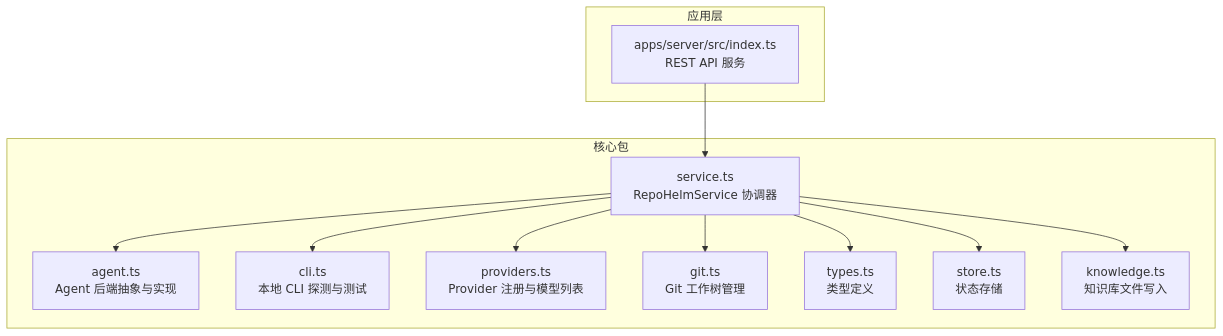
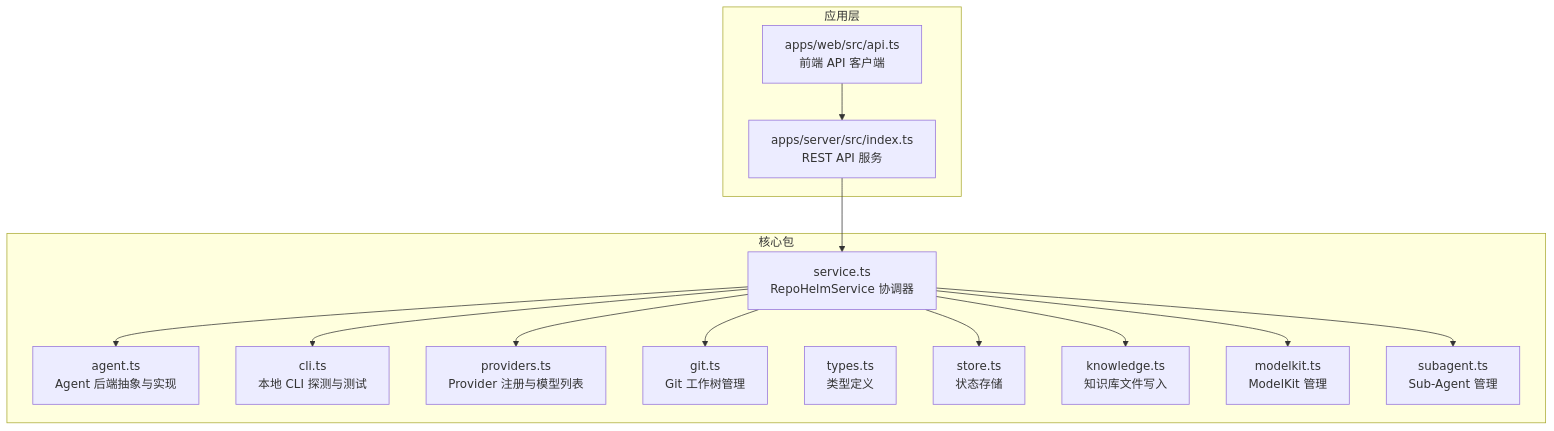
One commit to coconilu/RepoHelm changed the first of 9 diagrams in .qoder/repowiki/zh/content/Agent 后端系统/Agent 后端系统.md. Above: the diagram before and after it, drawn with Mermaid. The commit also changed other lines of this file and 14 other files, not shown here.

First line of the commit message:
Add ModelKit and Sub-Agent features

````diff
--- a/.qoder/repowiki/zh/content/Agent 后端系统/Agent 后端系统.md
+++ b/.qoder/repowiki/zh/content/Agent 后端系统/Agent 后端系统.md
@@ -40,24 +55,29 @@
 ```mermaid
 graph TB
 subgraph "核心包"
 AG["agent.ts<br/>Agent 后端抽象与实现"]
 CL["cli.ts<br/>本地 CLI 探测与测试"]
 PR["providers.ts<br/>Provider 注册与模型列表"]
 SV["service.ts<br/>RepoHelmService 协调器"]
 GT["git.ts<br/>Git 工作树管理"]
 TP["types.ts<br/>类型定义"]
 ST["store.ts<br/>状态存储"]
 KL["knowledge.ts<br/>知识库文件写入"]
+MK["modelkit.ts<br/>ModelKit 管理"]
+SA["subagent.ts<br/>Sub-Agent 管理"]
 end
 subgraph "应用层"
 SRV["apps/server/src/index.ts<br/>REST API 服务"]
+WEB["apps/web/src/api.ts<br/>前端 API 客户端"]
 end
 SRV --> SV
 SV --> AG
 SV --> CL
 SV --> PR
 SV --> GT
 SV --> ST
 SV --> KL
-SV --> TP
+SV --> MK
+SV --> SA
+WEB --> SRV
 ```
````
